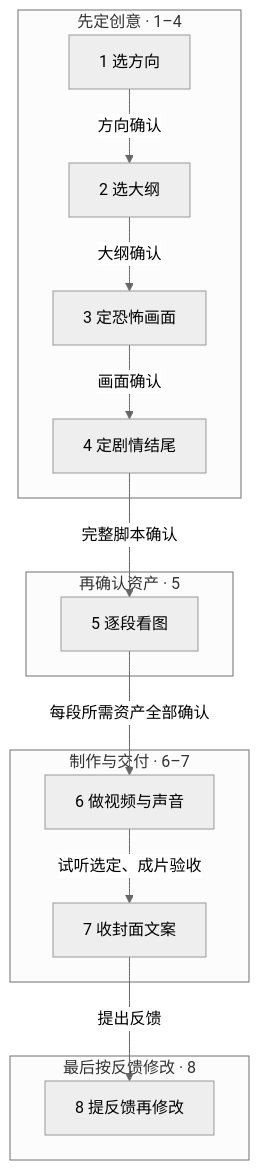
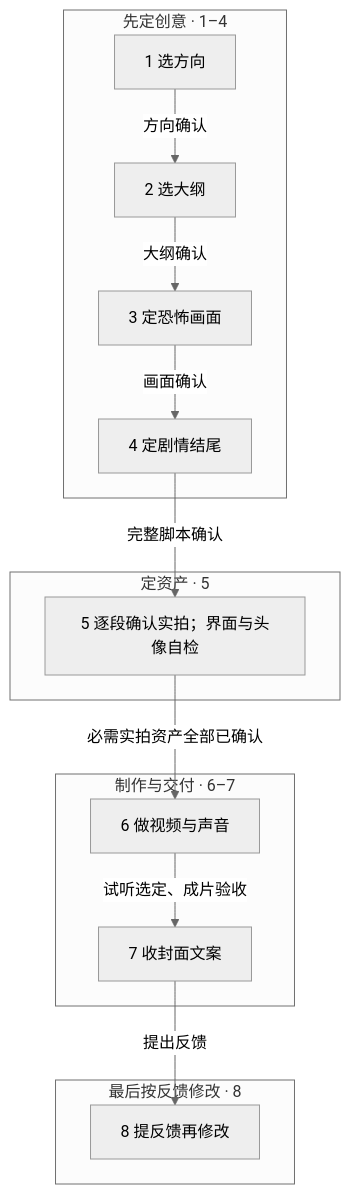
One commit to wendy-skill-lab/moni-kongbu changed the diagram in README.md. Above: the diagram before and after it, drawn with Mermaid (neutral theme). The commit also changed other lines of this file and 2 other files, not shown here.

````diff
--- a/README.md
+++ b/README.md
@@ -28,20 +28,20 @@
 ```mermaid
 flowchart TD
     subgraph idea[先定创意 · 1–4]
         A[1 选方向] -->|方向确认| B[2 选大纲]
         B -->|大纲确认| C[3 定恐怖画面]
         C -->|画面确认| D[4 定剧情结尾]
     end
-    subgraph assets[再确认资产 · 5]
-        E[5 逐段看图]
+    subgraph assets[定资产 · 5]
+        E[5 逐段确认实拍；界面与头像自检]
     end
     subgraph production[制作与交付 · 6–7]
         F[6 做视频与声音] -->|试听选定、成片验收| G[7 收封面文案]
     end
     subgraph revision[最后按反馈修改 · 8]
         H[8 提反馈再修改]
     end
     D -->|完整脚本确认| E
-    E -->|每段所需资产全部确认| F
+    E -->|必需实拍资产全部已确认| F
     G -->|提出反馈| H
 ```
````
